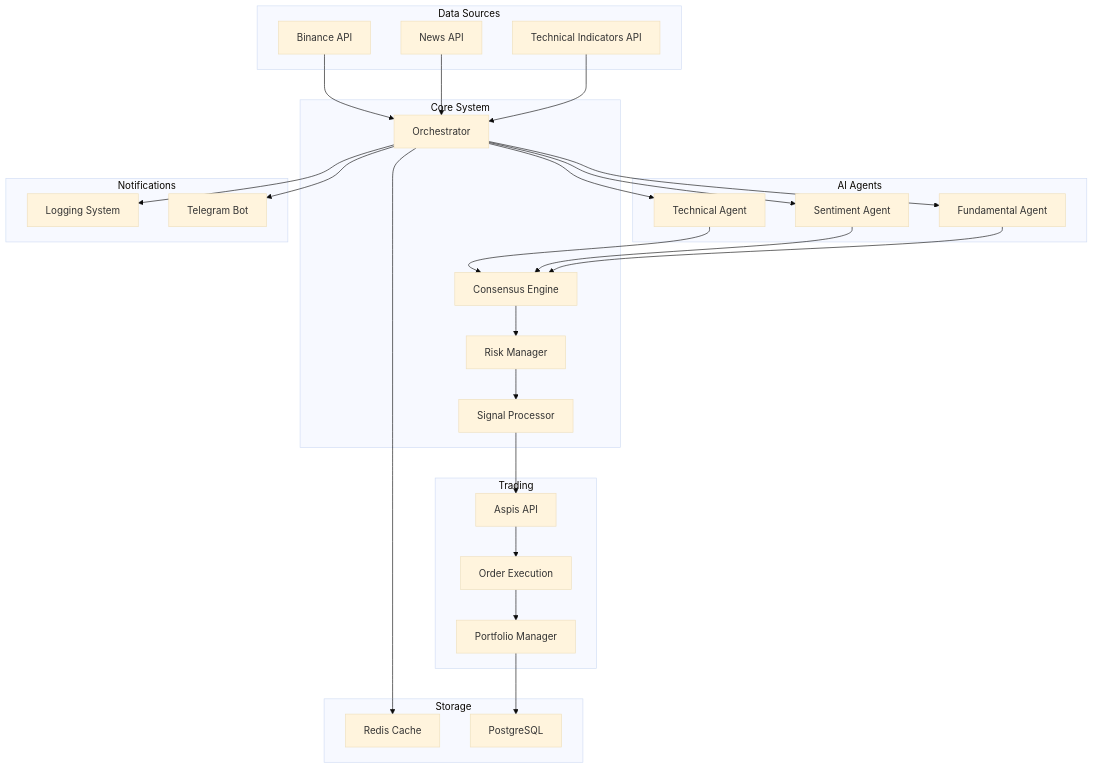
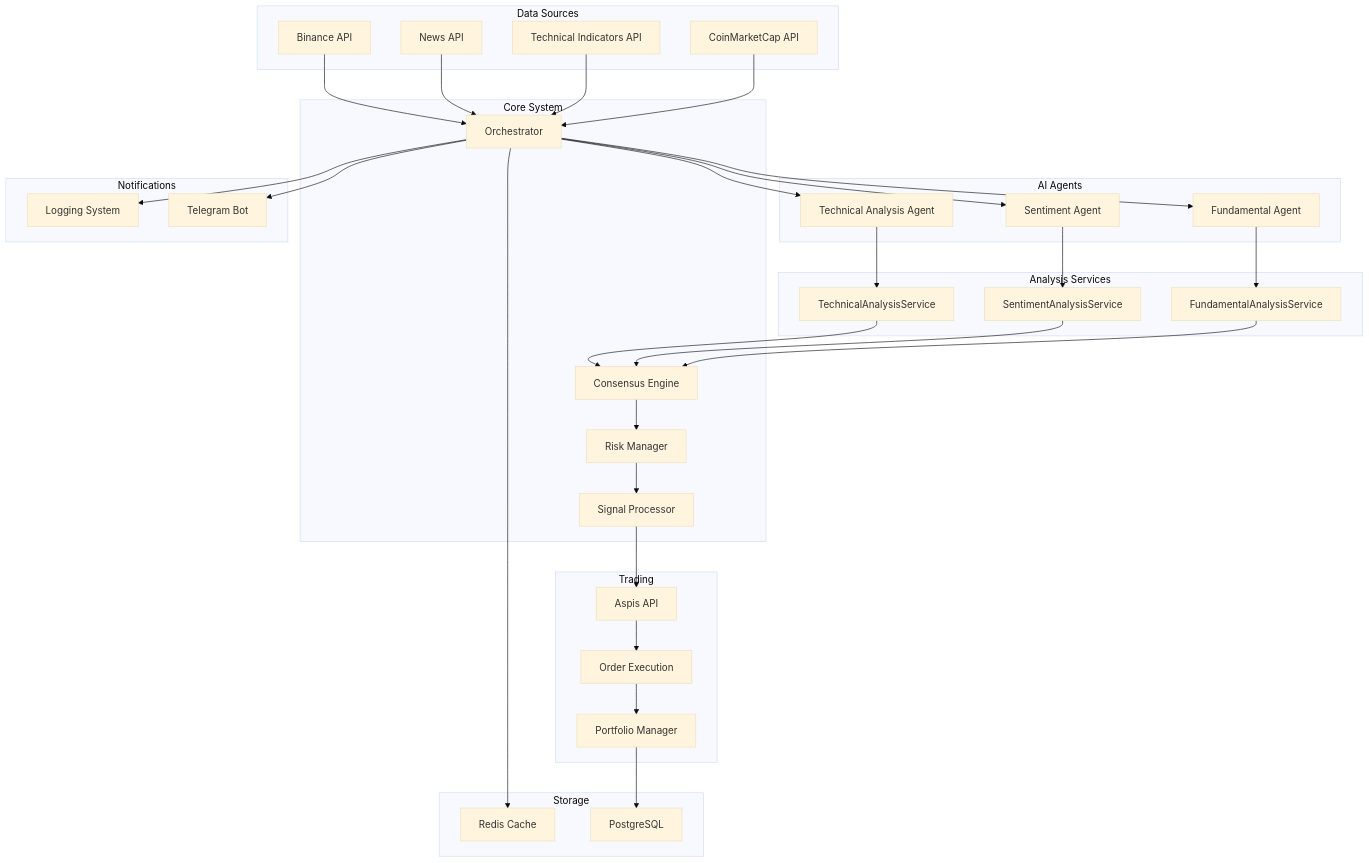
The first of 2 diagrams in docs/ARCHITECTURE.md (vlprosvirkin/hedge-fund), drawn with Mermaid (base theme) before and after one commit. The commit also changed other lines of this file and 78 other files, not shown here.

First line of the commit message:
refactor: update signals adapter architecture and fix fundamental agent data flow

````diff
--- a/docs/ARCHITECTURE.md
+++ b/docs/ARCHITECTURE.md
@@ -9,56 +9,67 @@
 ```mermaid
 graph TB
     subgraph "Data Sources"
         A[Binance API]
         B[News API]
         C[Technical Indicators API]
+        D[CoinMarketCap API]
     end
     
     subgraph "AI Agents"
-        D[Fundamental Agent]
-        E[Sentiment Agent]
-        F[Technical Agent]
+        E[Fundamental Agent]
+        F[Sentiment Agent]
+        G[Technical Analysis Agent]
+    end
+    
+    subgraph "Analysis Services"
+        H[FundamentalAnalysisService]
+        I[SentimentAnalysisService]
+        J[TechnicalAnalysisService]
     end
     
     subgraph "Core System"
-        G[Orchestrator]
-        H[Consensus Engine]
-        I[Risk Manager]
-        J[Signal Processor]
+        K[Orchestrator]
+        L[Consensus Engine]
+        M[Risk Manager]
+        N[Signal Processor]
     end
     
     subgraph "Trading"
-        K[Aspis API]
-        L[Order Execution]
-        M[Portfolio Manager]
+        O[Aspis API]
+        P[Order Execution]
+        Q[Portfolio Manager]
     end
     
     subgraph "Storage"
-        N[PostgreSQL]
-        O[Redis Cache]
+        R[PostgreSQL]
+        S[Redis Cache]
     end
     
     subgraph "Notifications"
-        P[Telegram Bot]
-        Q[Logging System]
+        T[Telegram Bot]
+        U[Logging System]
     end
     
-    A --> G
-    B --> G
-    C --> G
-    G --> D
-    G --> E
-    G --> F
-    D --> H
+    A --> K
+    B --> K
+    C --> K
+    D --> K
+    K --> E
+    K --> F
+    K --> G
     E --> H
-    F --> H
-    H --> I
-    I --> J
-    J --> K
-    K --> L
+    F --> I
+    G --> J
+    H --> L
+    I --> L
+    J --> L
     L --> M
     M --> N
-    G --> O
-    G --> P
-    G --> Q
+    N --> O
+    O --> P
+    P --> Q
+    Q --> R
+    K --> S
+    K --> T
+    K --> U
 ```
````
